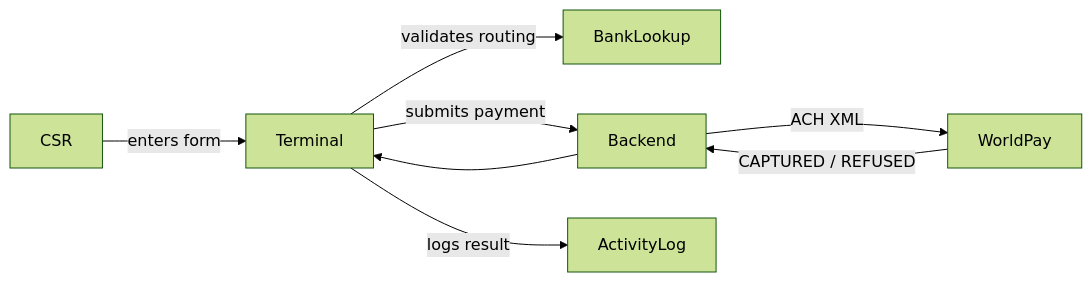
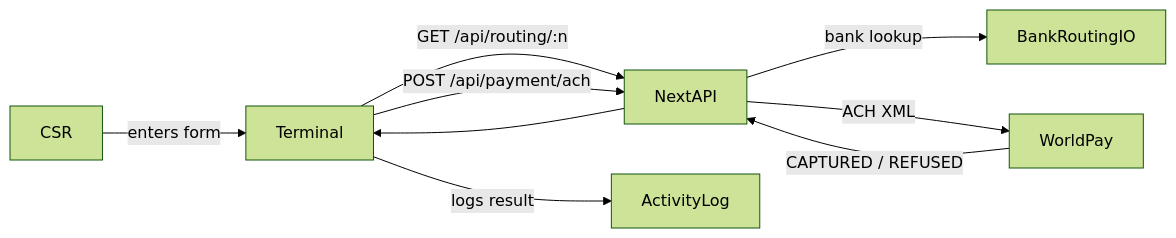
The diagram in docs/virtual-terminal.md (wallportillo/unicity-vt), drawn with Mermaid (forest theme) before and after one commit. The commit also changed other lines of this file and 1 other file, not shown here.

Commit message:
docs: update design doc to reflect Next.js App Router architecture

````diff
--- a/docs/virtual-terminal.md
+++ b/docs/virtual-terminal.md
@@ -7,10 +7,11 @@
 ```mermaid
 flowchart LR
     CSR -->|enters form| Terminal
-    Terminal -->|validates routing| BankLookup
-    Terminal -->|submits payment| Backend
-    Backend -->|ACH XML| WorldPay
-    WorldPay -->|CAPTURED / REFUSED| Backend
-    Backend --> Terminal
+    Terminal -->|GET /api/routing/:n| NextAPI
+    Terminal -->|POST /api/payment/ach| NextAPI
+    NextAPI -->|bank lookup| BankRoutingIO
+    NextAPI -->|ACH XML| WorldPay
+    WorldPay -->|CAPTURED / REFUSED| NextAPI
+    NextAPI --> Terminal
     Terminal -->|logs result| ActivityLog
 ```
````
